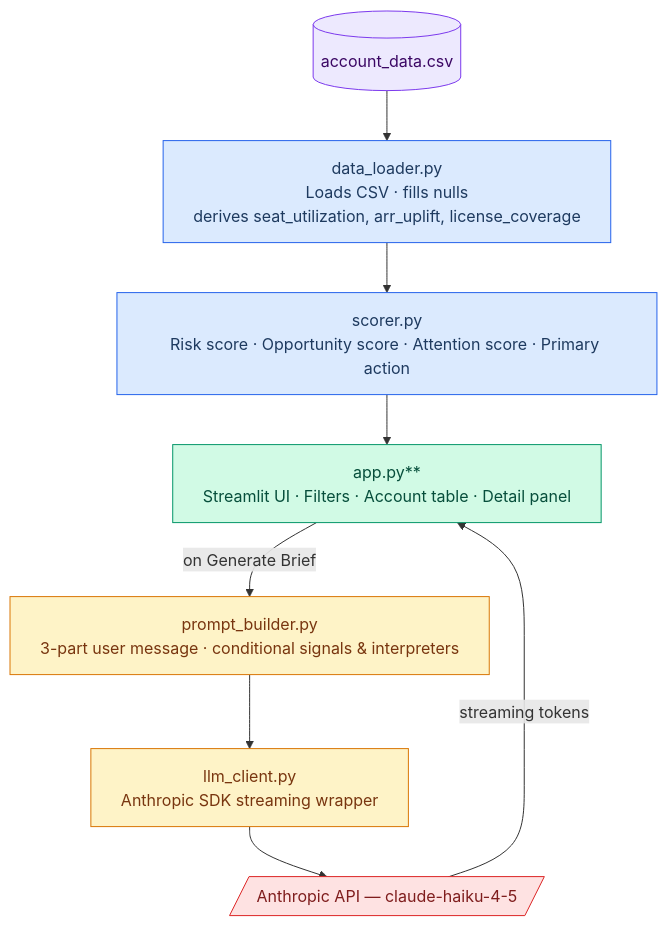
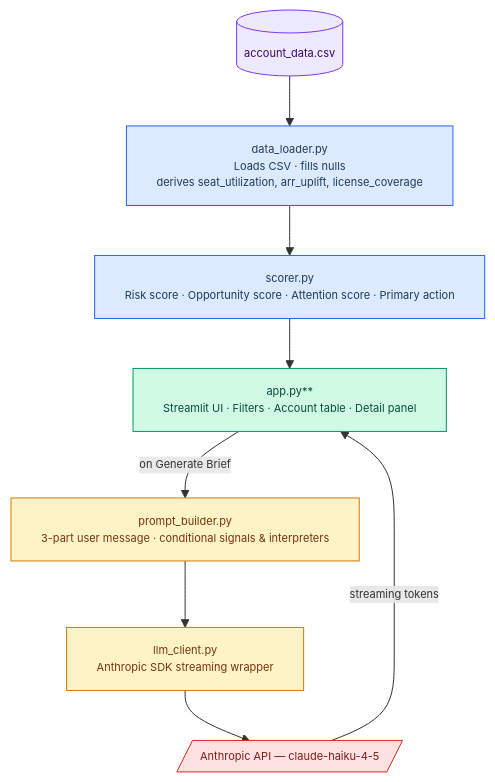
The diagram in README.md (dcaled/account-intelligence-app), drawn with Mermaid before and after one commit.

Commit message:
Reduce Mermaid diagram size via smaller font and tighter spacing

````diff
--- a/README.md
+++ b/README.md
@@ -203,29 +203,30 @@
 ```mermaid
-%%{init: {"flowchart": {"wrappingWidth": 480}}}%%
+%%{init: {"themeVariables": {"fontSize": "11px"}, "flowchart": {"wrappingWidth": 480}}}%%
 flowchart TD
     CSV[("account_data.csv")]
 
     DL["data_loader.py\nLoads CSV · fills nulls\nderives seat_utilization, arr_uplift, license_coverage"]
 
     SC["scorer.py\nRisk score · Opportunity score · Attention score · Primary action"]
 
     APP["app.py**\nStreamlit UI · Filters · Account table · Detail panel"]
 
     PB["prompt_builder.py\n3-part user message · conditional signals & interpreters"]
 
     LC["llm_client.py\nAnthropic SDK streaming wrapper"]
 
     API[/"Anthropic API — claude-haiku-4-5"/]
 
     CSV --> DL --> SC --> APP
     APP -- "on Generate Brief" --> PB --> LC --> API
     API -- "streaming tokens" --> APP
 
     style CSV fill:#ede9fe,stroke:#7c3aed,color:#3b0764
     style DL fill:#dbeafe,stroke:#2563eb,color:#1e3a5f
     style SC fill:#dbeafe,stroke:#2563eb,color:#1e3a5f
     style APP fill:#d1fae5,stroke:#059669,color:#064e3b
     style PB fill:#fef3c7,stroke:#d97706,color:#78350f
     style LC fill:#fef3c7,stroke:#d97706,color:#78350f
     style API fill:#fee2e2,stroke:#dc2626,color:#7f1d1d
+
 ```
````
